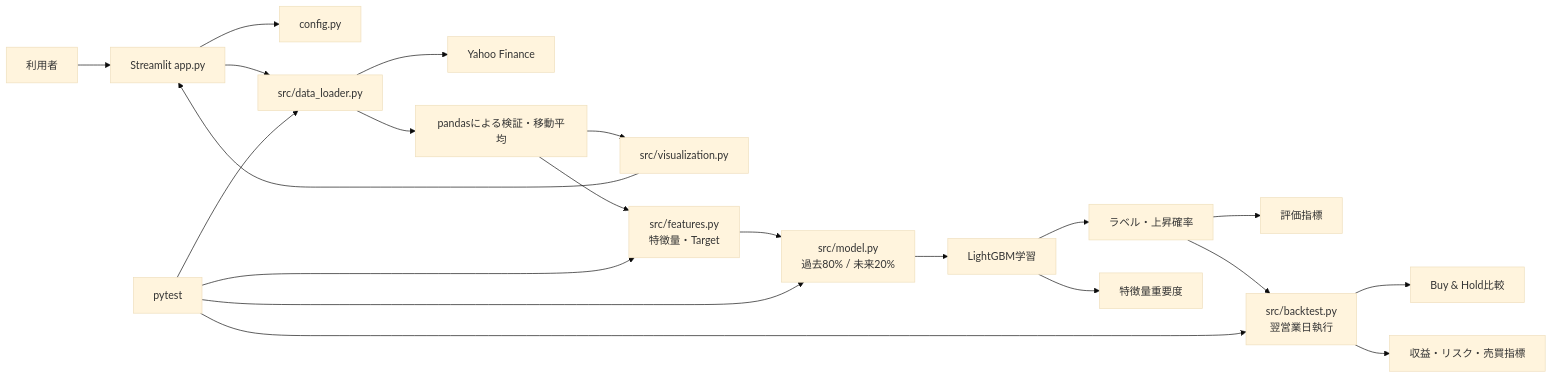
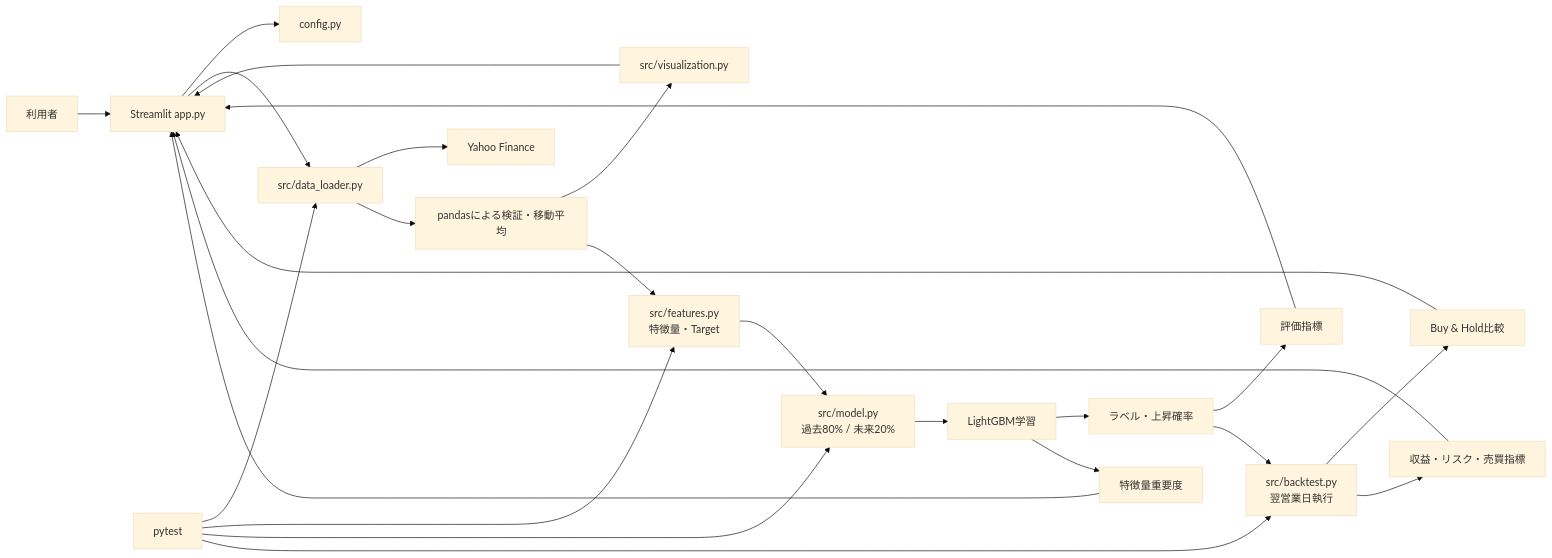
Before and after one commit to kosei16725/stock-analysis-dashboard: the diagram in docs/system_design.md, drawn with Mermaid (base theme). The commit also changed other lines of this file and 4 other files, not shown here.

````diff
--- a/docs/system_design.md
+++ b/docs/system_design.md
@@ -28,23 +28,27 @@
 ```mermaid
 flowchart LR
     U[利用者] --> A[Streamlit app.py]
     A --> C[config.py]
     A --> D[src/data_loader.py]
     D --> Y[Yahoo Finance]
     D --> P[pandasによる検証・移動平均]
     P --> V[src/visualization.py]
     V --> A
     P --> F[src/features.py<br/>特徴量・Target]
     F --> S[src/model.py<br/>過去80% / 未来20%]
     S --> M[LightGBM学習]
     M --> R[ラベル・上昇確率]
     R --> E[評価指標]
     R --> B[src/backtest.py<br/>翌営業日執行]
     B --> BM[Buy & Hold比較]
     B --> BR[収益・リスク・売買指標]
+    E --> A
+    I --> A
+    BM --> A
+    BR --> A
     M --> I[特徴量重要度]
     T[pytest] --> D
     T --> F
     T --> S
     T --> B
 ```
````
